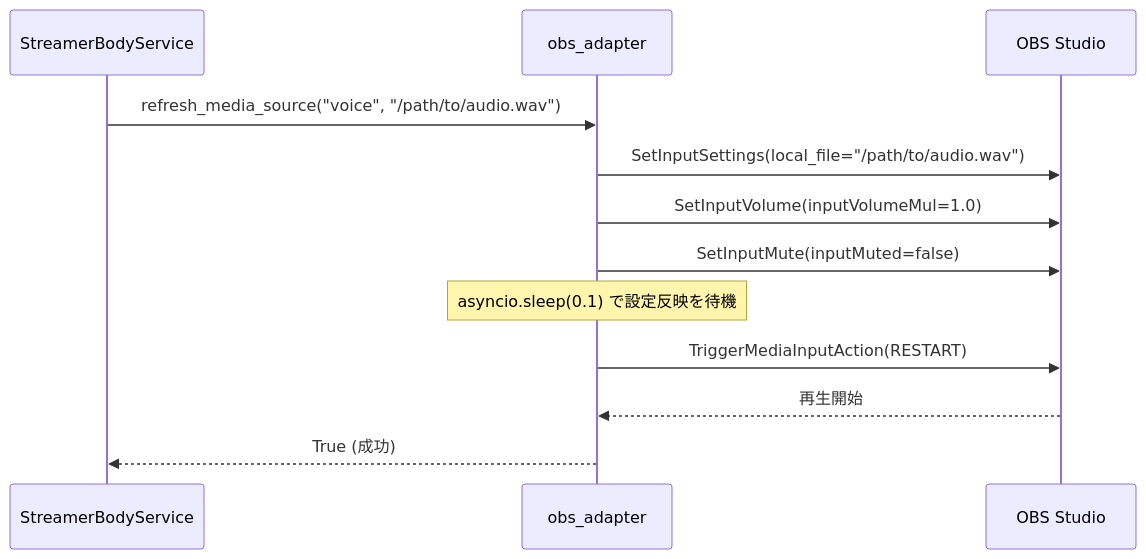
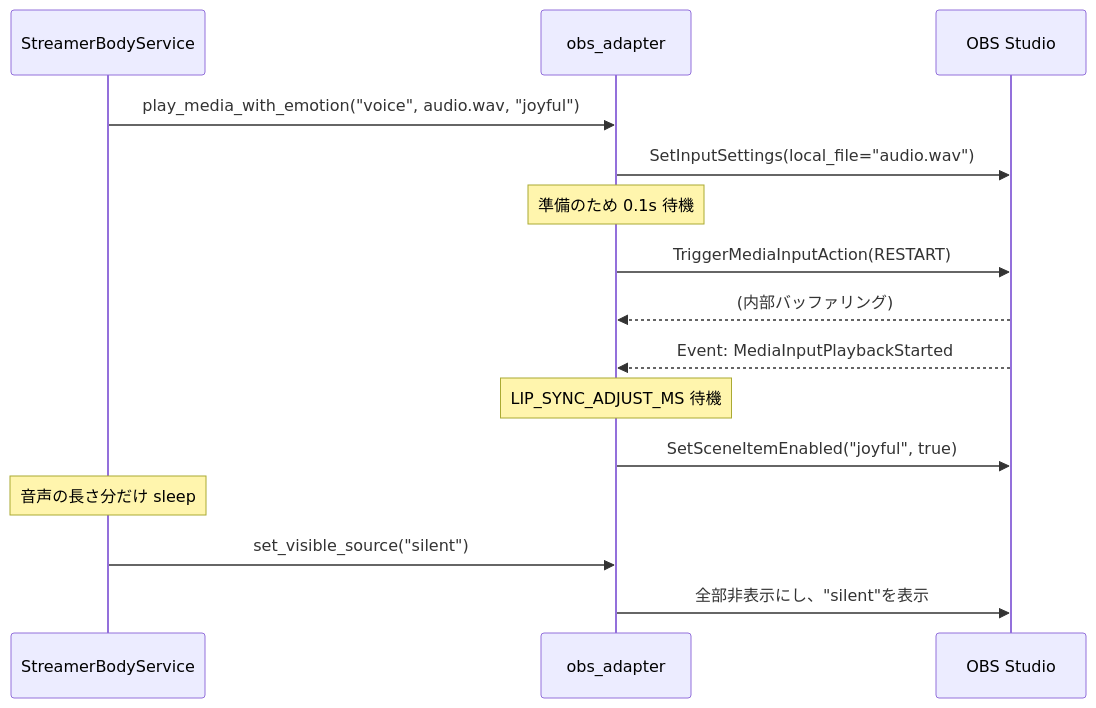
Before and after one commit to koduki/ai-tuber: the first of 2 diagrams in docs/components/body/streamer/obs.md, drawn with Mermaid. The commit also changed other lines of this file and 33 other files, not shown here.

````diff
--- a/docs/components/body/streamer/obs.md
+++ b/docs/components/body/streamer/obs.md
@@ -97,15 +103,18 @@
 ```mermaid
 sequenceDiagram
     participant S as StreamerBodyService
     participant A as obs_adapter
     participant O as OBS Studio
 
-    S->>A: refresh_media_source("voice", "/path/to/audio.wav")
-    A->>O: SetInputSettings(local_file="/path/to/audio.wav")
-    A->>O: SetInputVolume(inputVolumeMul=1.0)
-    A->>O: SetInputMute(inputMuted=false)
-    Note over A: asyncio.sleep(0.1) で設定反映を待機
+    S->>A: play_media_with_emotion("voice", audio.wav, "joyful")
+    A->>O: SetInputSettings(local_file="audio.wav")
+    Note over A: 準備のため 0.1s 待機
     A->>O: TriggerMediaInputAction(RESTART)
-    O-->>A: 再生開始
-    A-->>S: True (成功)
+    O-->>A: (内部バッファリング)
+    O-->>A: Event: MediaInputPlaybackStarted
+    Note over A: LIP_SYNC_ADJUST_MS 待機
+    A->>O: SetSceneItemEnabled("joyful", true)
+    Note over S: 音声の長さ分だけ sleep
+    S->>A: set_visible_source("silent")
+    A->>O: 全部非表示にし、"silent"を表示
 ```
````
